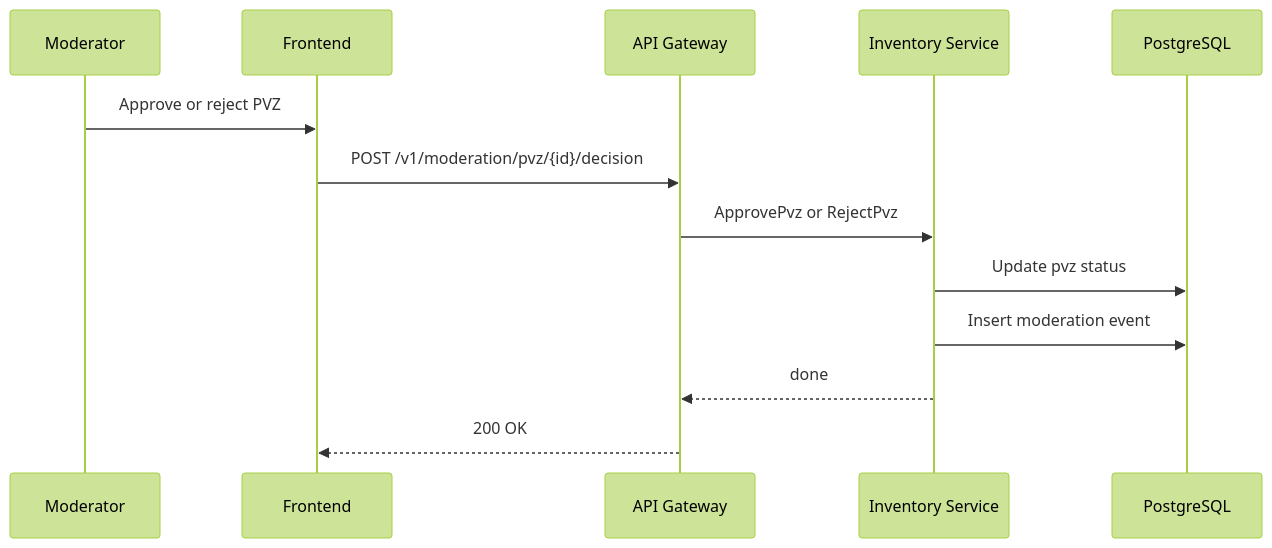
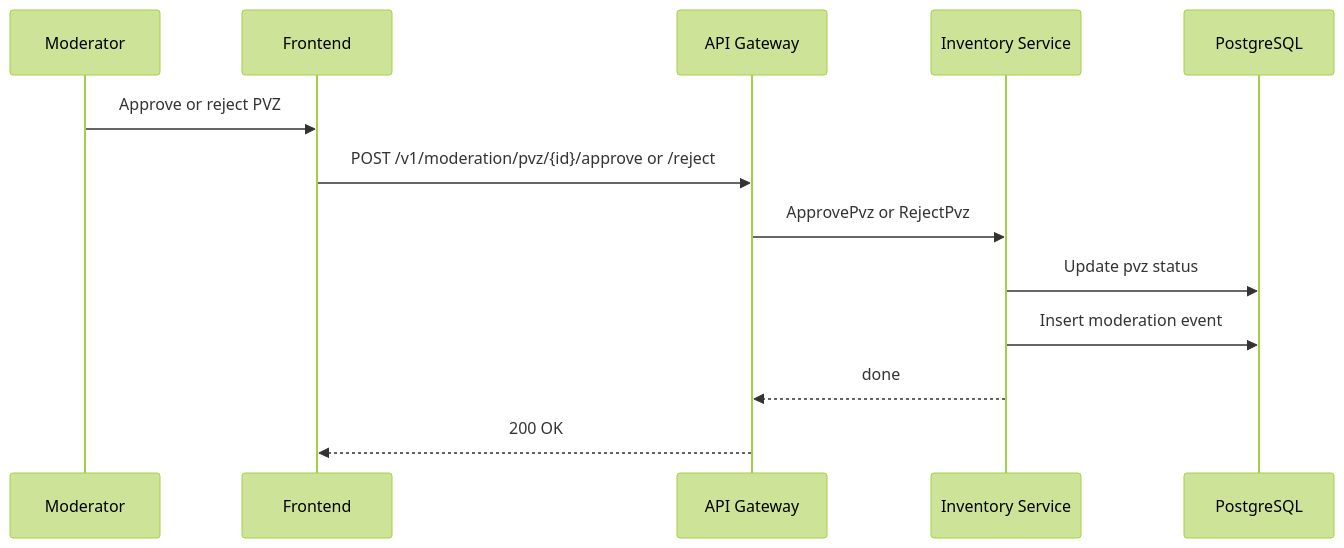
Before and after one commit to tmcrypted/berusmenu: the sixth of 16 diagrams in docs/sequence-diagrams.md, drawn with Mermaid (forest theme). The commit also changed other lines of this file and 19 other files, not shown here.

````diff
--- a/docs/sequence-diagrams.md
+++ b/docs/sequence-diagrams.md
@@ -130,16 +130,16 @@
 ```mermaid
 sequenceDiagram
     participant Mod as Moderator
     participant FE as Frontend
     participant GW as API Gateway
     participant INV as Inventory Service
     participant PG as PostgreSQL
 
     Mod->>FE: Approve or reject PVZ
-    FE->>GW: POST /v1/moderation/pvz/{id}/decision
+    FE->>GW: POST /v1/moderation/pvz/{id}/approve or /reject
     GW->>INV: ApprovePvz or RejectPvz
     INV->>PG: Update pvz status
     INV->>PG: Insert moderation event
     INV-->>GW: done
     GW-->>FE: 200 OK
 ```
````
